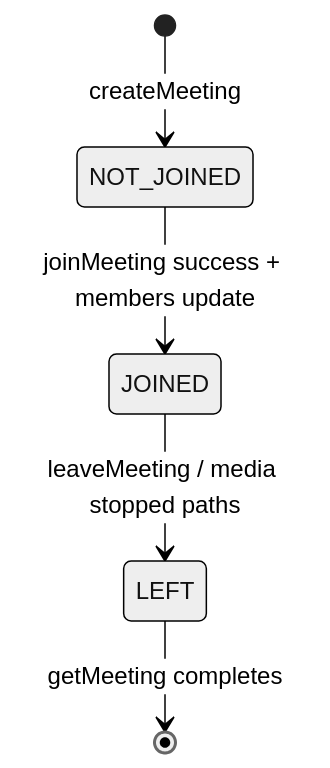
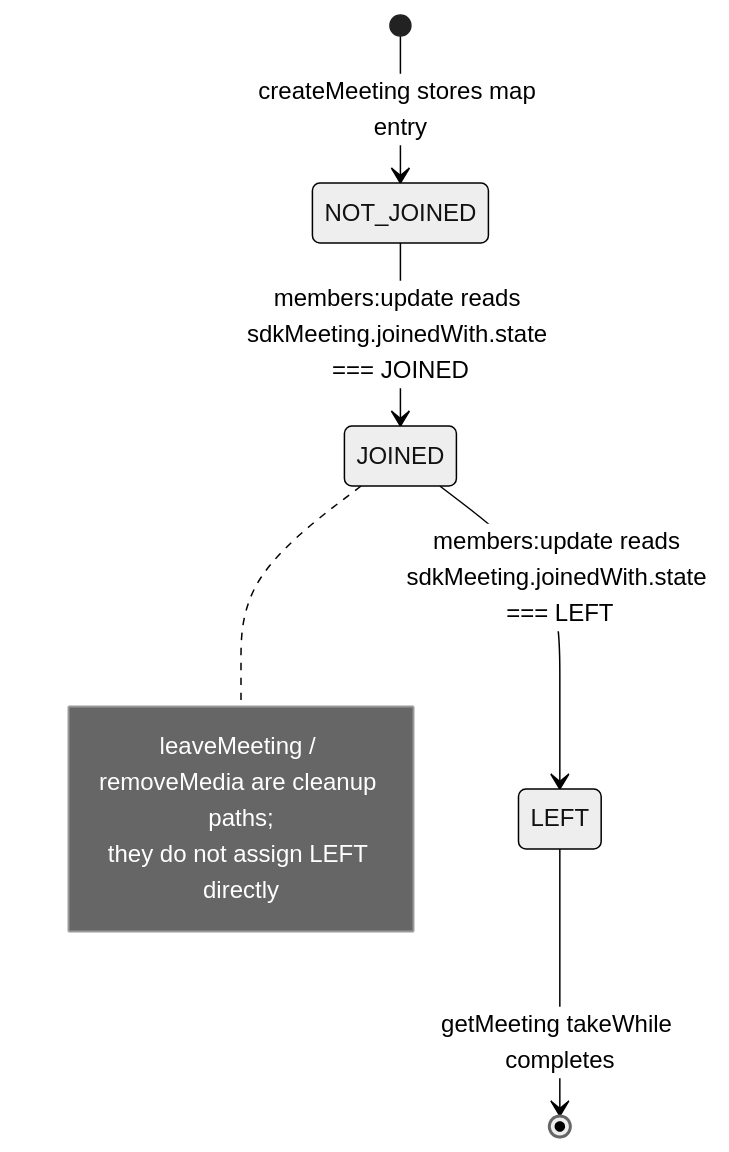
Diagram 11 of 11 in src/ai-docs/meetings-sdk-adapter-spec.md (webex/sdk-component-adapter), drawn with Mermaid (neutral theme) before and after one commit. The commit also changed other lines of this file and 7 other files, not shown here.

````diff
--- a/src/ai-docs/meetings-sdk-adapter-spec.md
+++ b/src/ai-docs/meetings-sdk-adapter-spec.md
@@ -357,7 +383,11 @@
 ```mermaid
 stateDiagram-v2
-  [*] --> NOT_JOINED: createMeeting
-  NOT_JOINED --> JOINED: joinMeeting success + members update
-  JOINED --> LEFT: leaveMeeting / media stopped paths
-  LEFT --> [*]: getMeeting completes
+  [*] --> NOT_JOINED: createMeeting stores map entry
+  NOT_JOINED --> JOINED: members:update reads sdkMeeting.joinedWith.state === JOINED
+  JOINED --> LEFT: members:update reads sdkMeeting.joinedWith.state === LEFT
+  LEFT --> [*]: getMeeting takeWhile completes
+  note right of JOINED
+    leaveMeeting / removeMedia are cleanup paths;
+    they do not assign LEFT directly
+  end note
 ```
````
